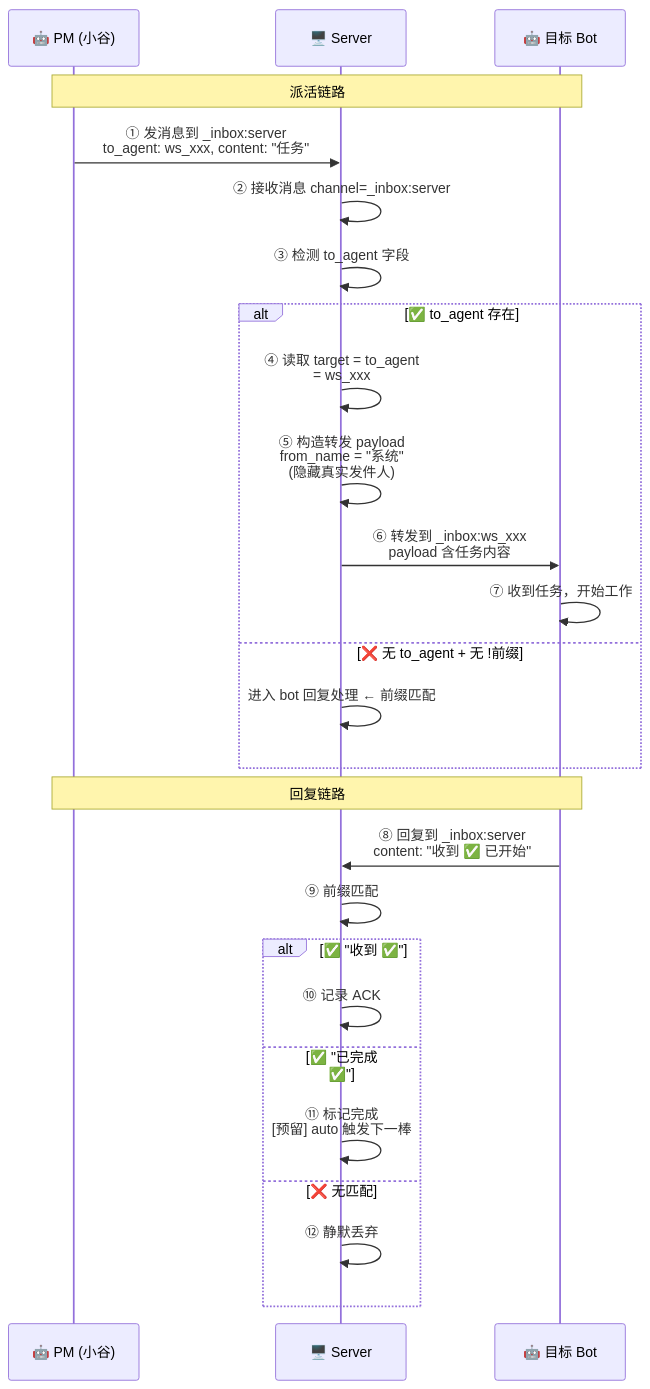
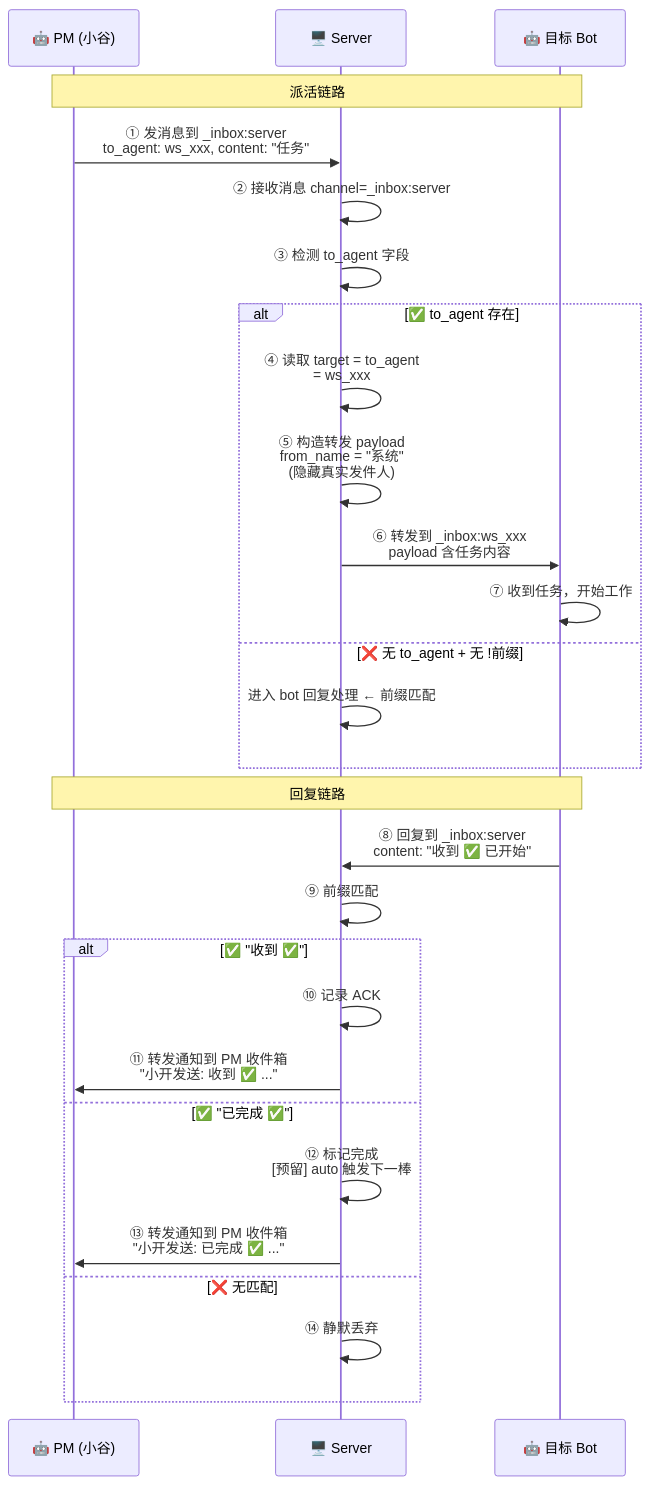
The diagram in docs/R102/R102-product-requirements.md (datahome73/ws-bridge), drawn with Mermaid before and after one commit. The commit also changed other lines of this file, not shown here.

````diff
--- a/docs/R102/R102-product-requirements.md
+++ b/docs/R102/R102-product-requirements.md
@@ -158,35 +163,37 @@
 ```mermaid
 sequenceDiagram
     participant PM as 🤖 PM (小谷)
     participant Server as 🖥️ Server
     participant Bot as 🤖 目标 Bot
 
     Note over PM,Bot: 派活链路
 
     PM->>Server: ① 发消息到 _inbox:server<br/>to_agent: ws_xxx, content: "任务"
 
     Server->>Server: ② 接收消息 channel=_inbox:server
     Server->>Server: ③ 检测 to_agent 字段
     
     alt ✅ to_agent 存在
         Server->>Server: ④ 读取 target = to_agent<br/>= ws_xxx
         Server->>Server: ⑤ 构造转发 payload<br/>from_name = "系统"<br/>(隐藏真实发件人)
         Server->>Bot: ⑥ 转发到 _inbox:ws_xxx<br/>payload 含任务内容
         Bot->>Bot: ⑦ 收到任务，开始工作
     else ❌ 无 to_agent + 无 !前缀
         Server->>Server: 进入 bot 回复处理 ← 前缀匹配
     end
 
     Note over PM,Bot: 回复链路
 
     Bot->>Server: ⑧ 回复到 _inbox:server<br/>content: "收到 ✅ 已开始"
     Server->>Server: ⑨ 前缀匹配
 
     alt ✅ "收到 ✅"
         Server->>Server: ⑩ 记录 ACK
+        Server->>PM: ⑪ 转发通知到 PM 收件箱<br/>"小开发送: 收到 ✅ ..."
     else ✅ "已完成 ✅"
-        Server->>Server: ⑪ 标记完成<br/>[预留] auto 触发下一棒
+        Server->>Server: ⑫ 标记完成<br/>[预留] auto 触发下一棒
+        Server->>PM: ⑬ 转发通知到 PM 收件箱<br/>"小开发送: 已完成 ✅ ..."
     else ❌ 无匹配
-        Server->>Server: ⑫ 静默丢弃
+        Server->>Server: ⑭ 静默丢弃
     end
 ```
````
